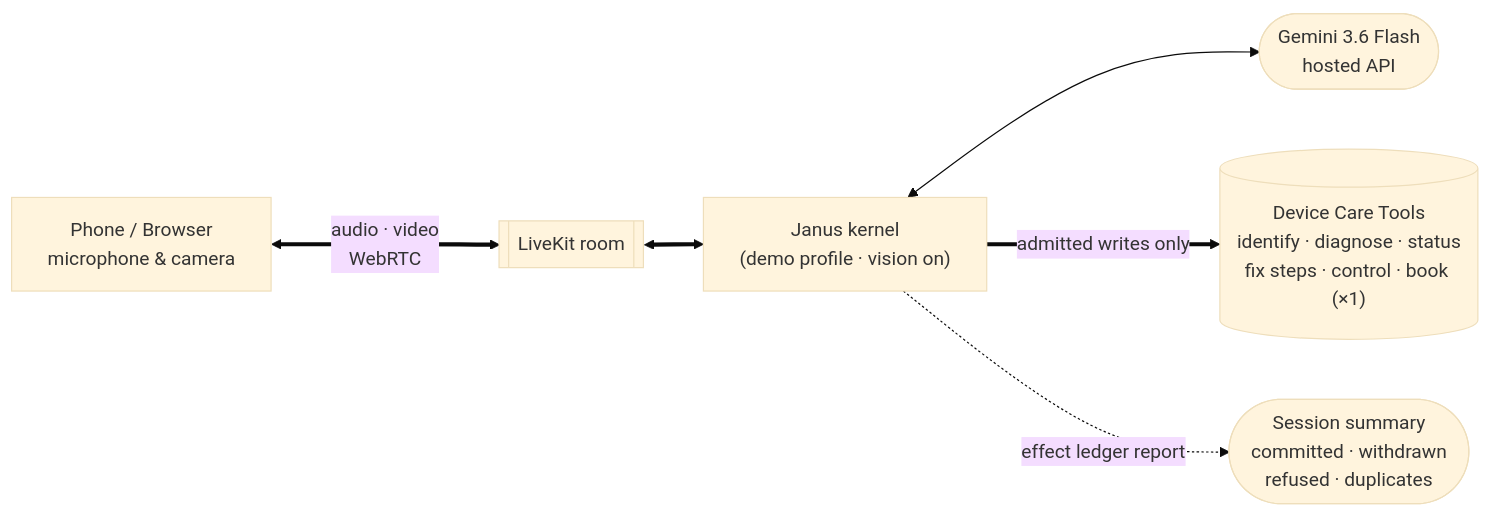
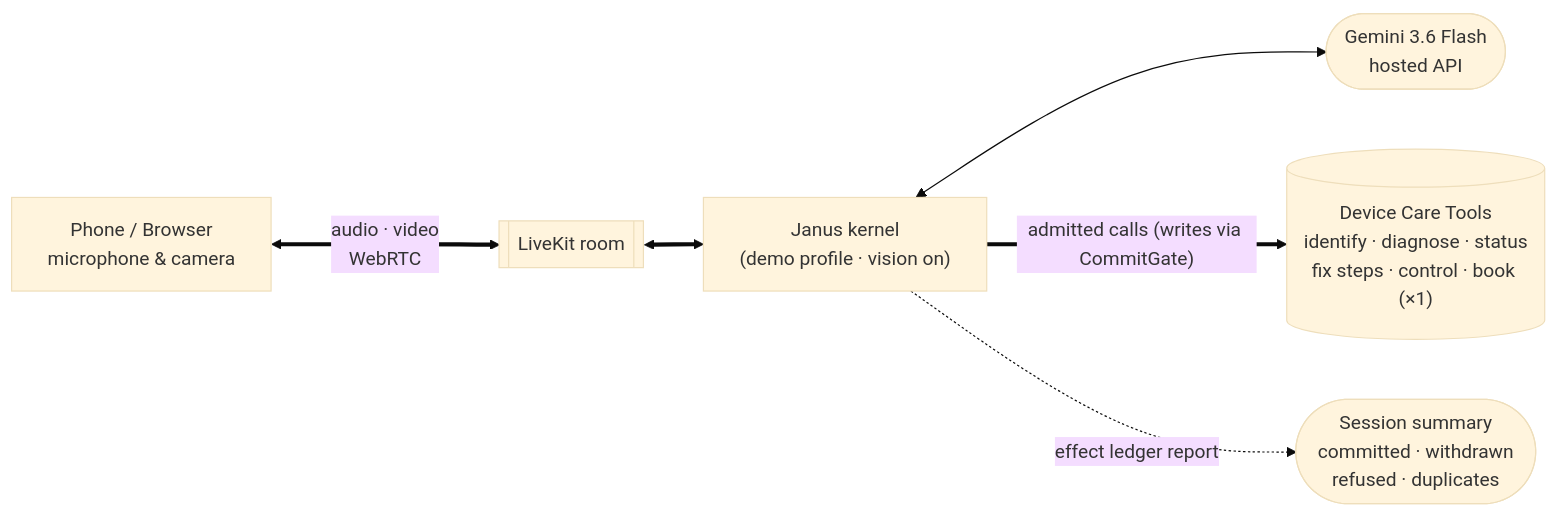
The seventh of 7 diagrams in README.md (AdithyaSanthosh-P/Janus), drawn with Mermaid (base theme) before and after one commit. The commit also changed other lines of this file, not shown here.

````diff
--- a/README.md
+++ b/README.md
@@ -264,8 +473,8 @@
 ```mermaid
 flowchart LR
     UI["Phone / Browser<br/>microphone & camera"] <===>|"audio · video<br/>WebRTC"| ROOM[["LiveKit room"]]
     ROOM <==> AGENT["Janus kernel<br/>(demo profile · vision on)"]
-    AGENT <--> GEMMA(["Gemini 3.6 Flash<br/>hosted API"])
-    AGENT ==>|"admitted writes only"| CARE[("Device Care Tools<br/>identify · diagnose · status<br/>fix steps · control · book (×1)")]
+    AGENT <--> GEMINI(["Gemini 3.6 Flash<br/>hosted API"])
+    AGENT ==>|"admitted calls (writes via CommitGate)"| CARE[("Device Care Tools<br/>identify · diagnose · status<br/>fix steps · control · book (×1)")]
     AGENT -.->|"effect ledger report"| LOG(["Session summary<br/>committed · withdrawn<br/>refused · duplicates"])
 ```
````
